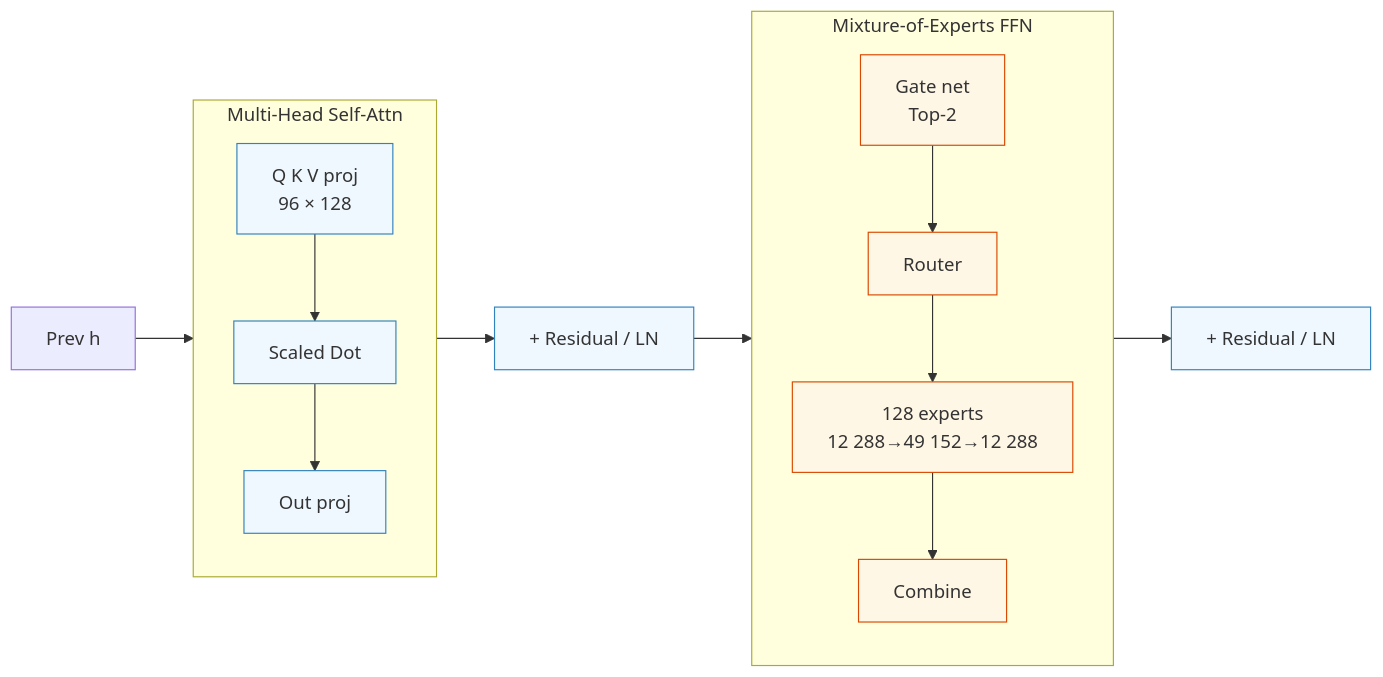
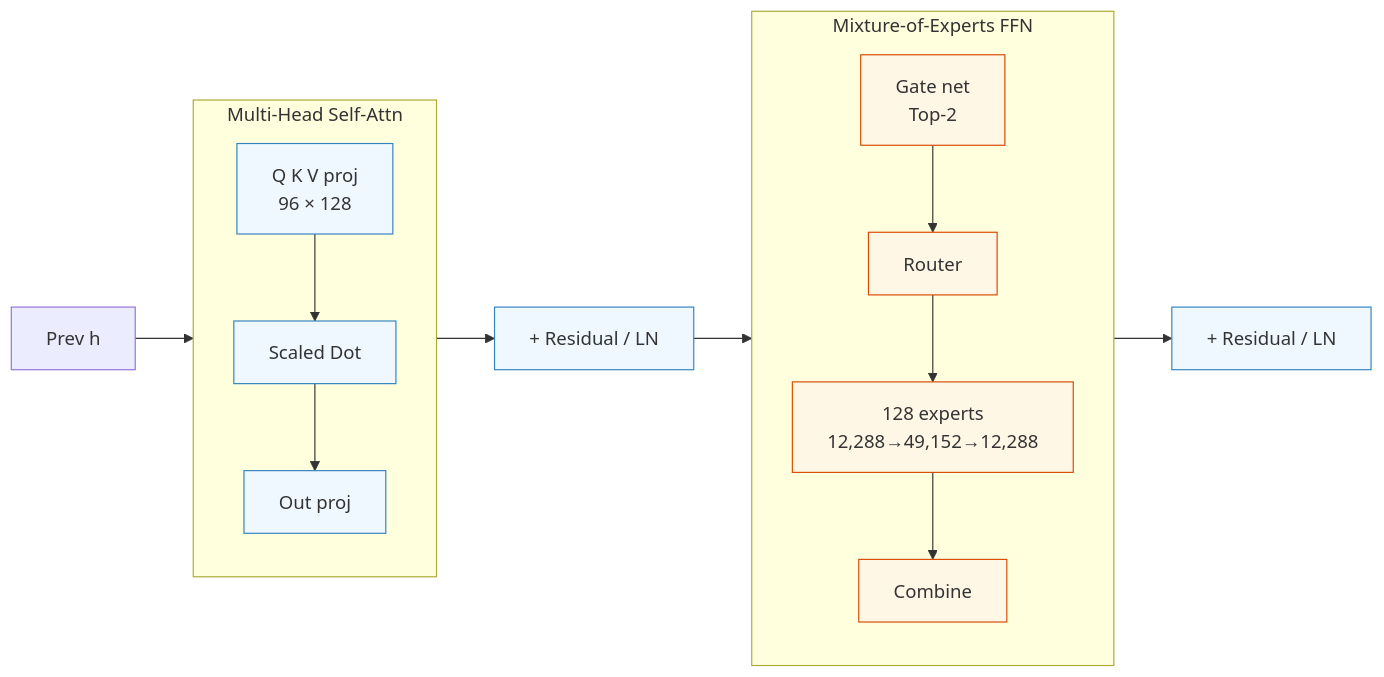
Before and after one commit to limiao2/limiao2.github.io: the third of 4 diagrams in _posts/2025-06-28-inside-175b-moe-transformer.md, drawn with Mermaid. The commit also changed other lines of this file, not shown here.

Commit message:
add comma

````diff
--- a/_posts/2025-06-28-inside-175b-moe-transformer.md
+++ b/_posts/2025-06-28-inside-175b-moe-transformer.md
@@ -127,18 +127,18 @@
 ```mermaid
 graph LR
   classDef attn fill:#f0f8ff,stroke:#3182bd,stroke-width:1px
   classDef moe  fill:#fff7e6,stroke:#d94801,stroke-width:1px
 
   %% Attention
   subgraph ATTN["Multi-Head Self-Attn"]
     QKV[Q K V proj<br/>96 × 128]:::attn --> SD[Scaled Dot]:::attn --> AO[Out proj]:::attn
   end
 
   %% MoE FFN
   subgraph MOEFFN["Mixture-of-Experts FFN"]
     Gate[Gate net<br/>Top-2]:::moe --> Rt[Router]:::moe -->
-    Exp[128 experts<br/>12 288→49 152→12 288]:::moe --> Comb[Combine]:::moe
+    Exp[128 experts<br/>12,288→49,152→12,288]:::moe --> Comb[Combine]:::moe
   end
 
   P[Prev h] --> ATTN --> LN1[+ Residual / LN]:::attn --> MOEFFN --> LN2[+ Residual / LN]:::attn
 ```
````
